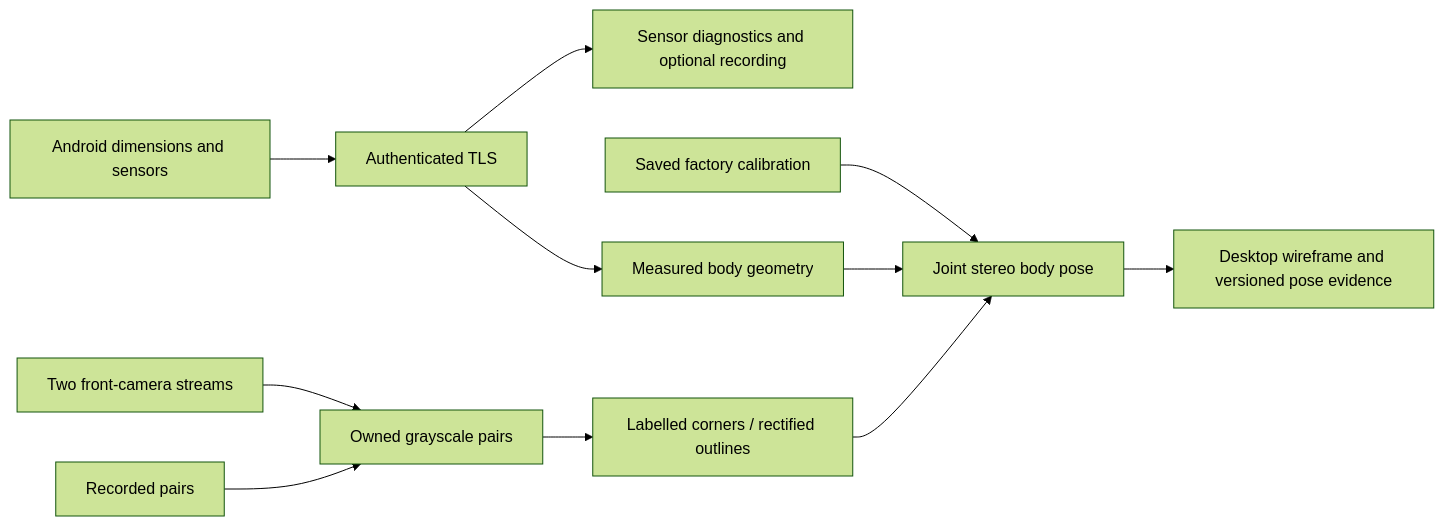
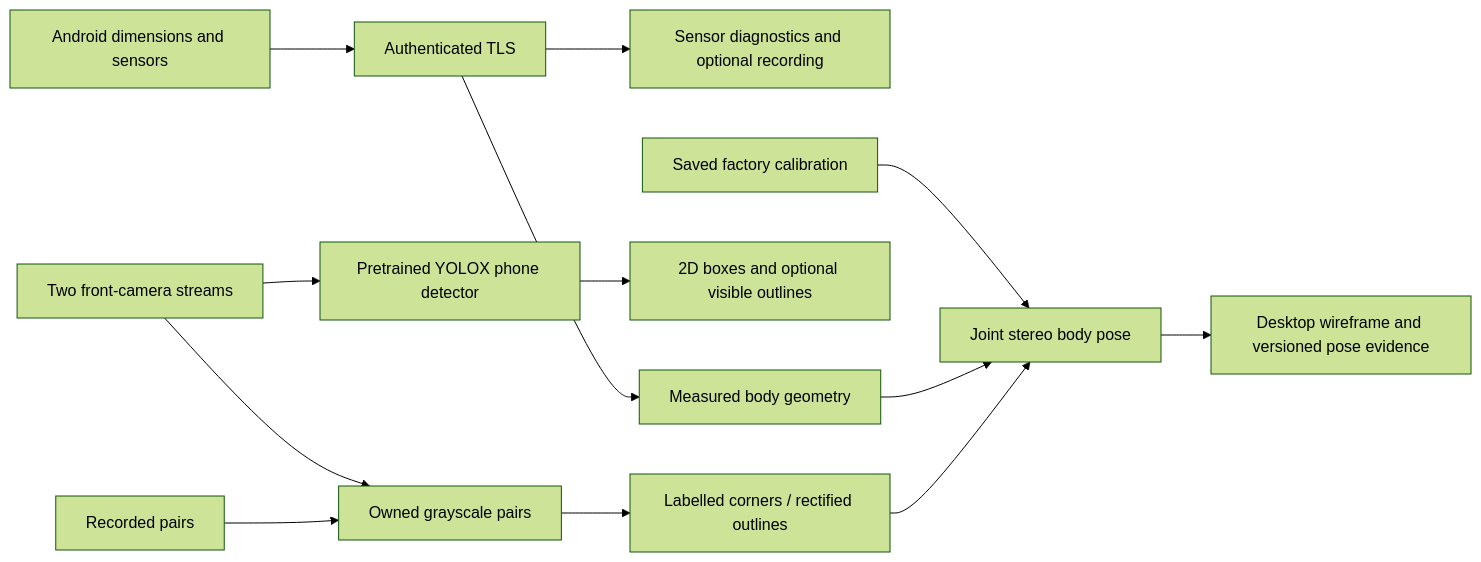
One commit to MarkEScheidker/FramePhone changed the diagram in frame/docs/ARCHITECTURE.md. Above: the diagram before and after it, drawn with Mermaid (forest theme). The commit also changed other lines of this file and 25 other files, not shown here.

Commit message:
Add bundled pretrained phone detection and pose failure feedback

````diff
--- a/frame/docs/ARCHITECTURE.md
+++ b/frame/docs/ARCHITECTURE.md
@@ -8,13 +8,15 @@
 ```mermaid
 flowchart LR
     Phone[Android dimensions and sensors] --> TLS[Authenticated TLS]
     TLS --> Telemetry[Sensor diagnostics and optional recording]
     TLS --> Body[Measured body geometry]
     Camera[Two front-camera streams] --> Frames[Owned grayscale pairs]
+    Camera --> Detector[Pretrained YOLOX phone detector]
+    Detector --> Detection[2D boxes and optional visible outlines]
     Replay[Recorded pairs] --> Frames
     Frames --> Edges[Labelled corners / rectified outlines]
     Calibration[Saved factory calibration] --> Pose[Joint stereo body pose]
     Body --> Pose
     Edges --> Pose
     Pose --> Output[Desktop wireframe and versioned pose evidence]
 ```
````
